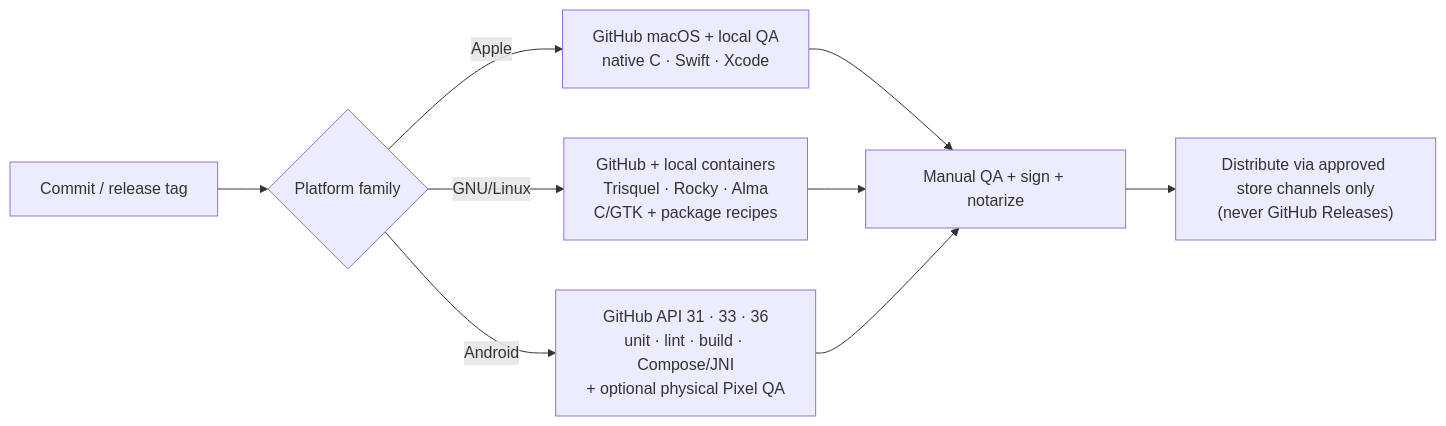
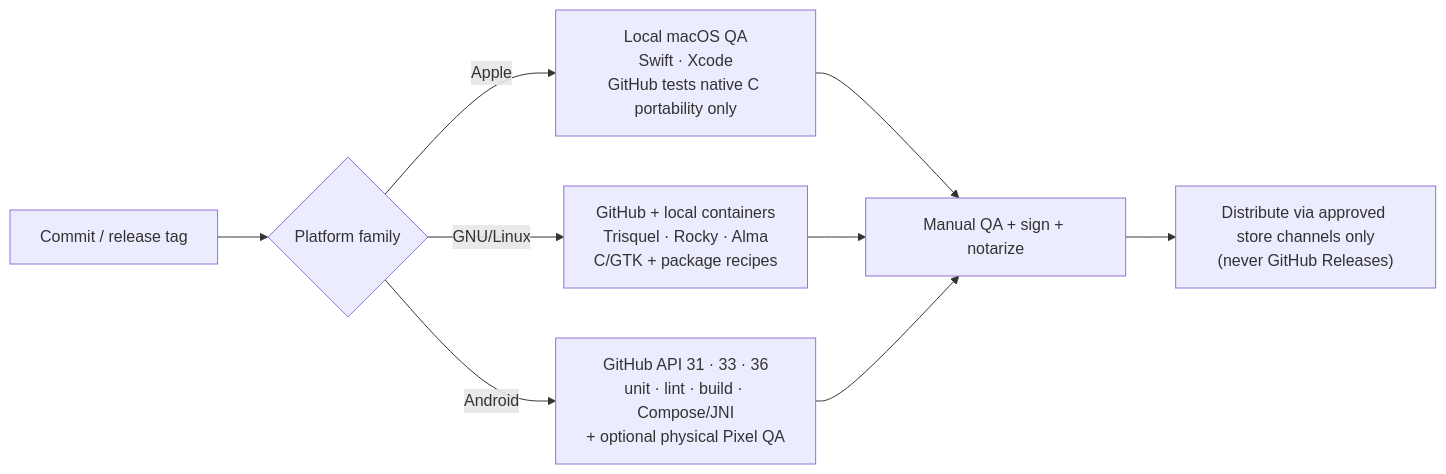
Before and after one commit to JohnThre/clambhook: the diagram in docs/release-validation.md, drawn with Mermaid. The commit also changed other lines of this file and 20 other files, not shown here.

````diff
--- a/docs/release-validation.md
+++ b/docs/release-validation.md
@@ -24,11 +24,11 @@
 ```mermaid
 flowchart LR
     commit["Commit / release tag"] --> gate{Platform family}
-    gate -->|Apple| apple["GitHub macOS + local QA<br/>native C · Swift · Xcode"]
+    gate -->|Apple| apple["Local macOS QA<br/>Swift · Xcode<br/>GitHub tests native C portability only"]
     gate -->|"GNU/Linux"| linux["GitHub + local containers<br/>Trisquel · Rocky · Alma<br/>C/GTK + package recipes"]
     gate -->|Android| android["GitHub API 31 · 33 · 36<br/>unit · lint · build · Compose/JNI<br/>+ optional physical Pixel QA"]
     apple --> qa["Manual QA + sign + notarize"]
     linux --> qa
     android --> qa
     qa --> dist["Distribute via approved store channels only<br/>(never GitHub Releases)"]
 ```
````
